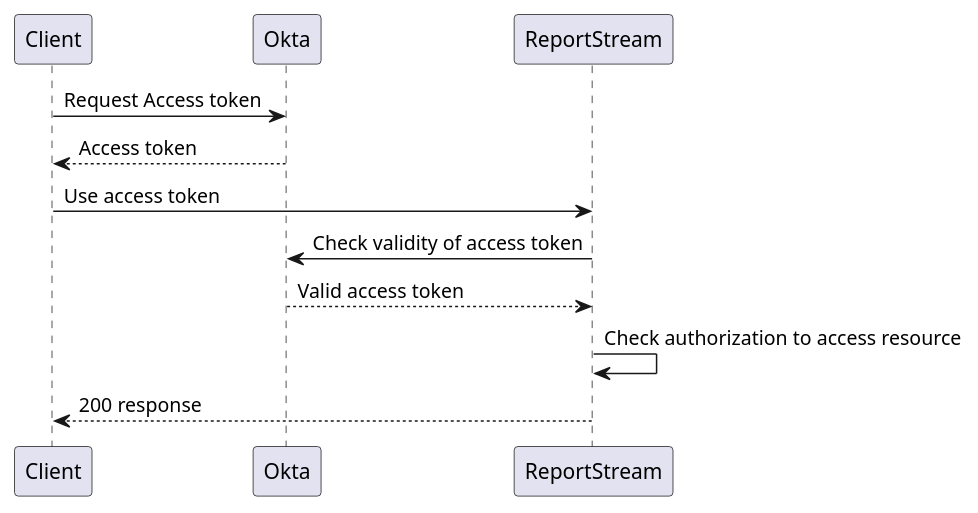
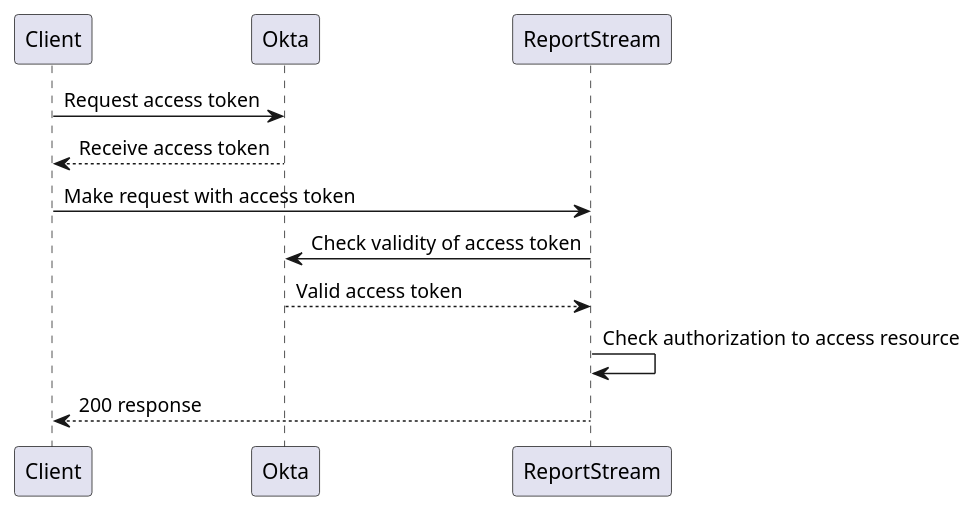
The diagram in prime-router/docs/design/design/auth/sharedCodeAuth.puml (CDCgov/prime-reportstream), drawn with PlantUML before and after one commit. The commit also changed 5 other files, not shown here.

Commit message:
update flows

```diff
--- a/prime-router/docs/design/design/auth/sharedCodeAuth.puml
+++ b/prime-router/docs/design/design/auth/sharedCodeAuth.puml
@@ -1,9 +1,9 @@
 @startuml
-Client -> Okta: Request Access token
-Okta --> Client: Access token
-Client -> ReportStream: Use access token
+Client -> Okta: Request access token
+Okta --> Client: Receive access token
+Client -> ReportStream: Make request with access token
 ReportStream -> Okta: Check validity of access token
 Okta --> ReportStream: Valid access token
 ReportStream -> ReportStream: Check authorization to access resource
 ReportStream --> Client: 200 response
 @enduml
```
